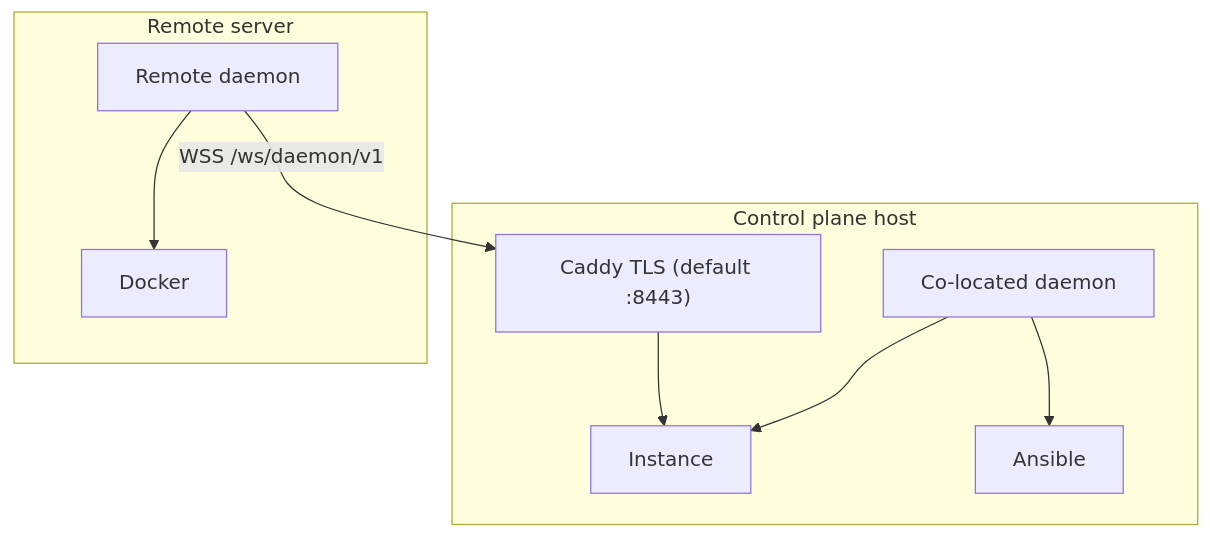
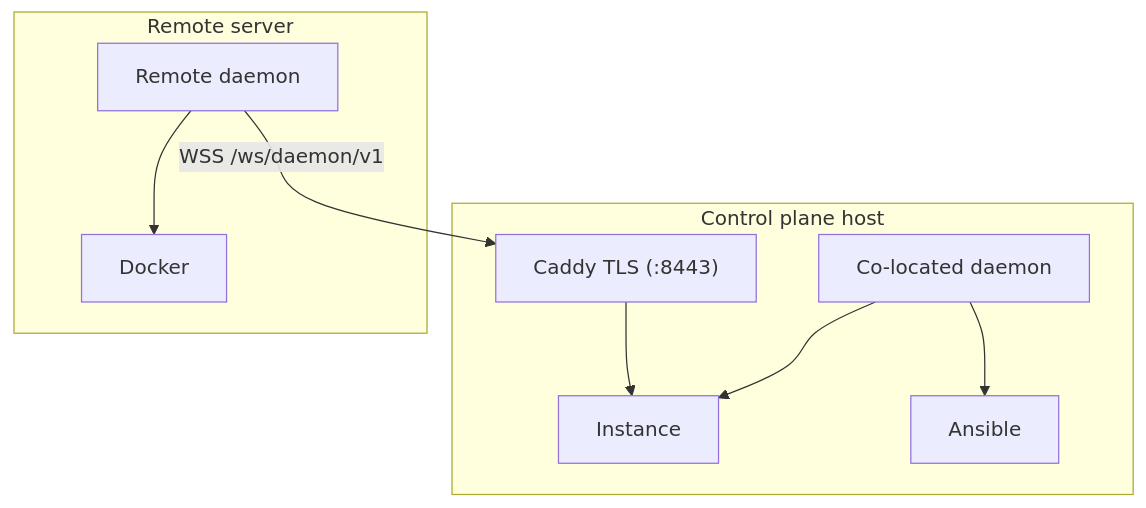
The diagram in docs/deployment/daemon-setup.mdx (TurboPanel/website), drawn with Mermaid before and after one commit. The commit also changed 5 other files, not shown here.

````diff
--- a/docs/deployment/daemon-setup.mdx
+++ b/docs/deployment/daemon-setup.mdx
@@ -25,13 +25,13 @@
 ```mermaid
 graph TD
     subgraph "Control plane host"
-        Caddy["Caddy TLS (default :8443)"] --> Instance
+        Caddy["Caddy TLS (:8443)"] --> Instance
         CD[Co-located daemon] --> Instance
         CD --> Ansible
     end
 
     subgraph "Remote server"
         RD[Remote daemon] -->|WSS /ws/daemon/v1| Caddy
         RD --> Docker[Docker]
     end
 ```
````
